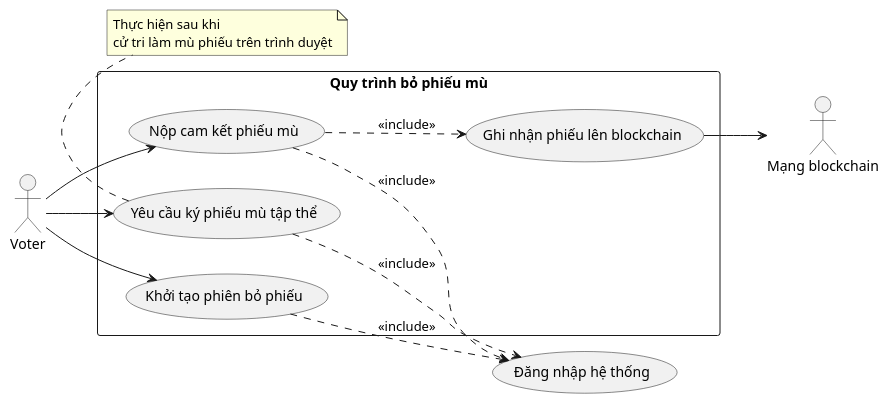
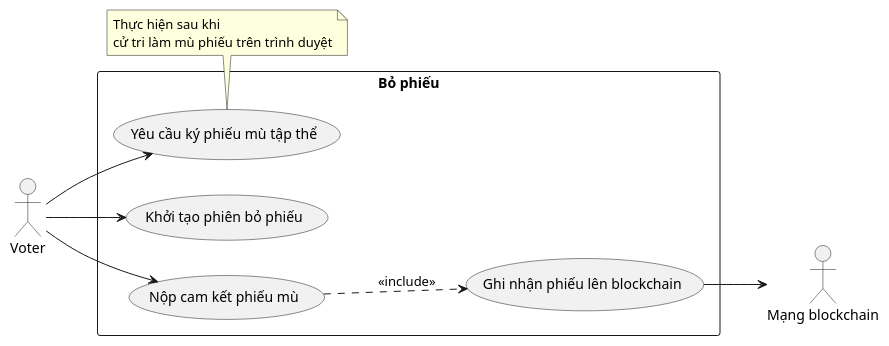
The diagram in PlantUML/Usecase/Bo-phieu.puml (Tuienn/e-voting-latex), drawn with PlantUML before and after one commit. The commit also changed 31 other files, not shown here.

```diff
--- a/PlantUML/Usecase/Bo-phieu.puml
+++ b/PlantUML/Usecase/Bo-phieu.puml
@@ -1,32 +1,24 @@
 @startuml BoPhieu_UC
 left to right direction
-skinparam packageStyle rectangle
-
 actor "Voter" as voter
 actor "Mạng blockchain" as fabric
 
-usecase "Đăng nhập hệ thống" as UC_Login
-
-rectangle "Quy trình bỏ phiếu mù" {
+rectangle "Bỏ phiếu" {
   usecase "Khởi tạo phiên bỏ phiếu" as UC_StartSession
   usecase "Yêu cầu ký phiếu mù tập thể" as UC_Sign
   usecase "Nộp cam kết phiếu mù" as UC_Submit
   usecase "Ghi nhận phiếu lên blockchain" as UC_Chain
 }
 
 voter --> UC_StartSession
 voter --> UC_Sign
 voter --> UC_Submit
 
-UC_StartSession ..> UC_Login : <<include>>
-UC_Sign ..> UC_Login : <<include>>
-UC_Submit ..> UC_Login : <<include>>
-
 UC_Submit ..> UC_Chain : <<include>>
 UC_Chain --> fabric
 
 note bottom of UC_Sign
   Thực hiện sau khi
   cử tri làm mù phiếu trên trình duyệt
 end note
 @enduml
```
